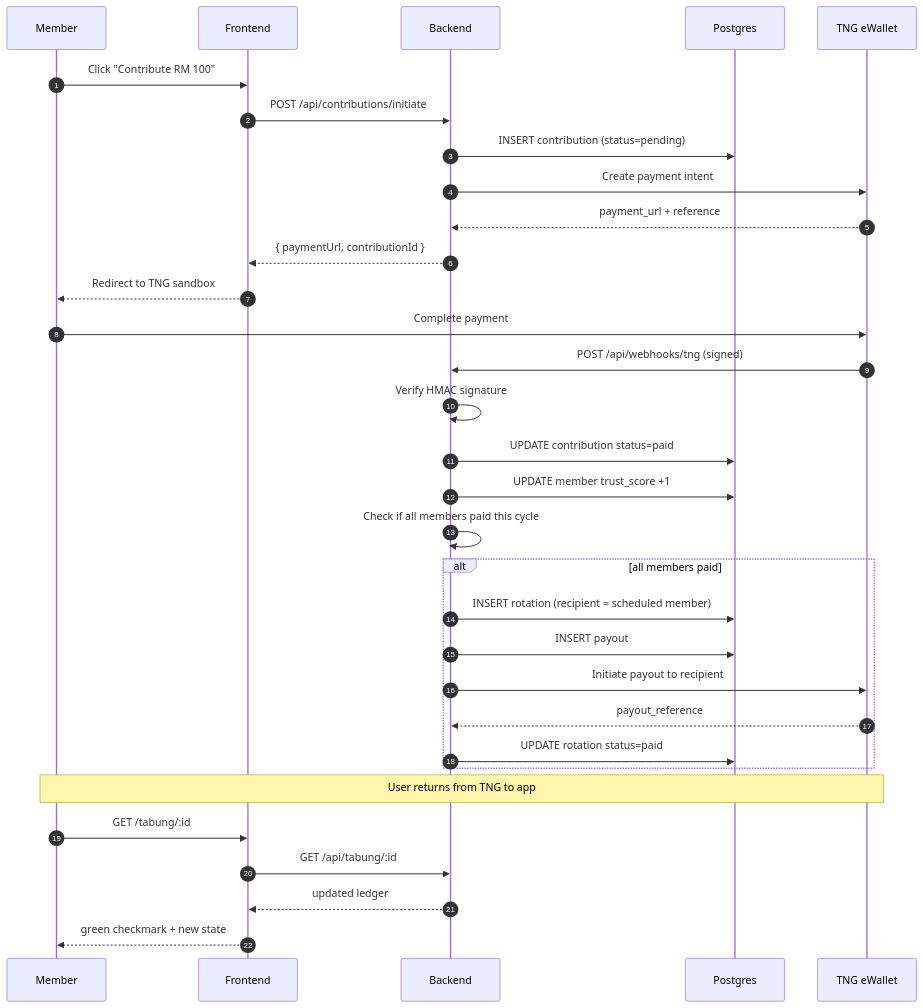
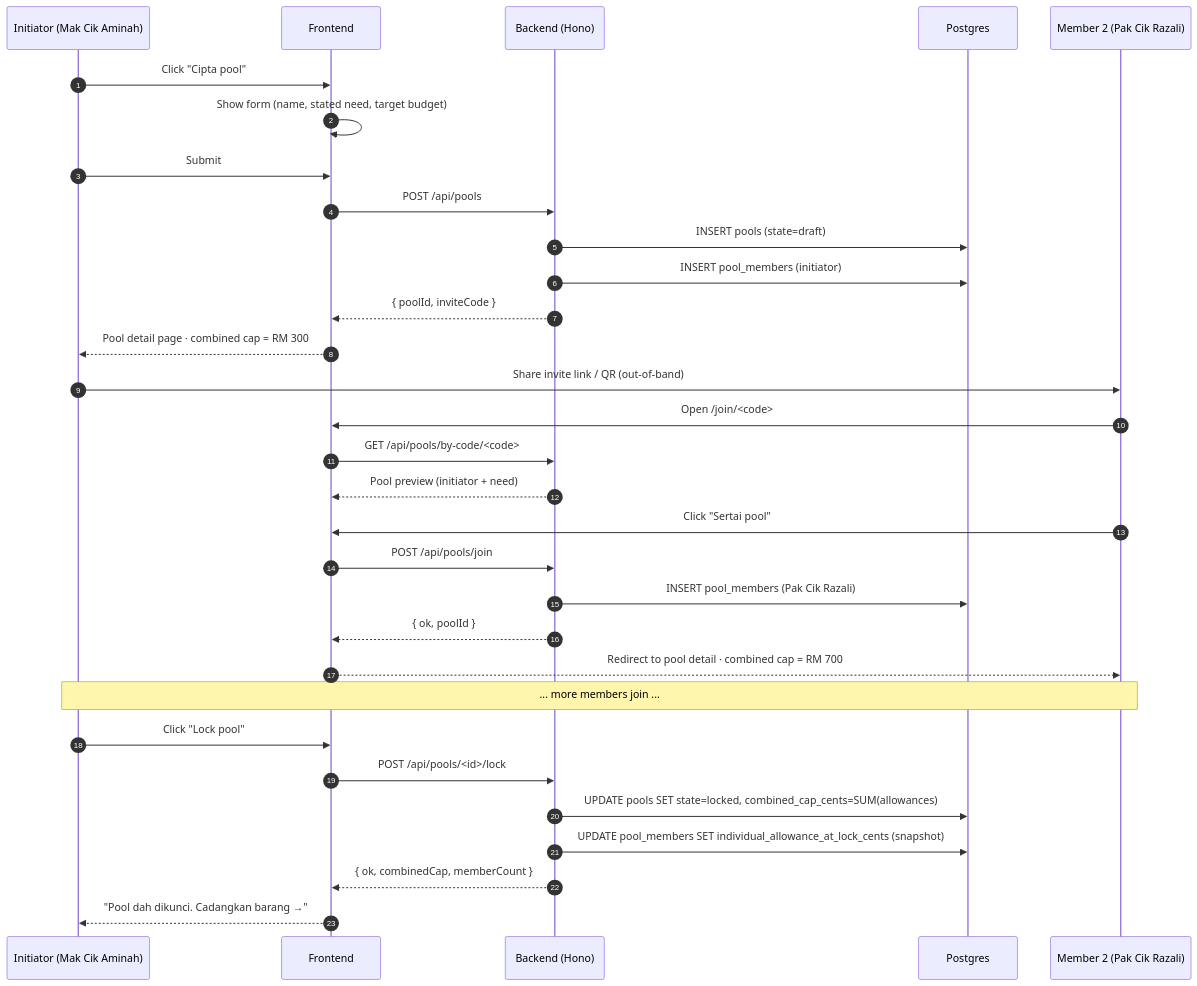
The second of 8 diagrams in ARCHITECTURE.md (Zen0space/R2-D2-Finhack), drawn with Mermaid before and after one commit. The commit also changed other lines of this file and 26 other files, not shown here.

````diff
--- a/ARCHITECTURE.md
+++ b/ARCHITECTURE.md
@@ -109,38 +48,37 @@
 ```mermaid
 sequenceDiagram
     autonumber
-    participant U as Member
+    participant U as Initiator (Mak Cik Aminah)
     participant F as Frontend
-    participant A as Backend
+    participant A as Backend (Hono)
     participant P as Postgres
-    participant T as TNG eWallet
+    participant U2 as Member 2 (Pak Cik Razali)
 
-    U->>F: Click "Contribute RM 100"
-    F->>A: POST /api/contributions/initiate
-    A->>P: INSERT contribution (status=pending)
-    A->>T: Create payment intent
-    T-->>A: payment_url + reference
-    A-->>F: { paymentUrl, contributionId }
-    F-->>U: Redirect to TNG sandbox
+    U->>F: Click "Cipta pool"
+    F->>F: Show form (name, stated need, target budget)
+    U->>F: Submit
+    F->>A: POST /api/pools
+    A->>P: INSERT pools (state=draft)
+    A->>P: INSERT pool_members (initiator)
+    A-->>F: { poolId, inviteCode }
+    F-->>U: Pool detail page · combined cap = RM 300
 
-    U->>T: Complete payment
-    T->>A: POST /api/webhooks/tng (signed)
-    A->>A: Verify HMAC signature
-    A->>P: UPDATE contribution status=paid
-    A->>P: UPDATE member trust_score +1
+    U->>U2: Share invite link / QR (out-of-band)
+    U2->>F: Open /join/<code>
+    F->>A: GET /api/pools/by-code/<code>
+    A-->>F: Pool preview (initiator + need)
+    U2->>F: Click "Sertai pool"
+    F->>A: POST /api/pools/join
+    A->>P: INSERT pool_members (Pak Cik Razali)
+    A-->>F: { ok, poolId }
+    F-->>U2: Redirect to pool detail · combined cap = RM 700
 
-    A->>A: Check if all members paid this cycle
-    alt all members paid
-        A->>P: INSERT rotation (recipient = scheduled member)
-        A->>P: INSERT payout
-        A->>T: Initiate payout to recipient
-        T-->>A: payout_reference
-        A->>P: UPDATE rotation status=paid
-    end
+    Note over U,U2: ... more members join ...
 
-    Note over U,T: User returns from TNG to app
-    U->>F: GET /tabung/:id
-    F->>A: GET /api/tabung/:id
-    A-->>F: updated ledger
-    F-->>U: green checkmark + new state
+    U->>F: Click "Lock pool"
+    F->>A: POST /api/pools/<id>/lock
+    A->>P: UPDATE pools SET state=locked, combined_cap_cents=SUM(allowances)
+    A->>P: UPDATE pool_members SET individual_allowance_at_lock_cents (snapshot)
+    A-->>F: { ok, combinedCap, memberCount }
+    F-->>U: "Pool dah dikunci. Cadangkan barang →"
 ```
````
